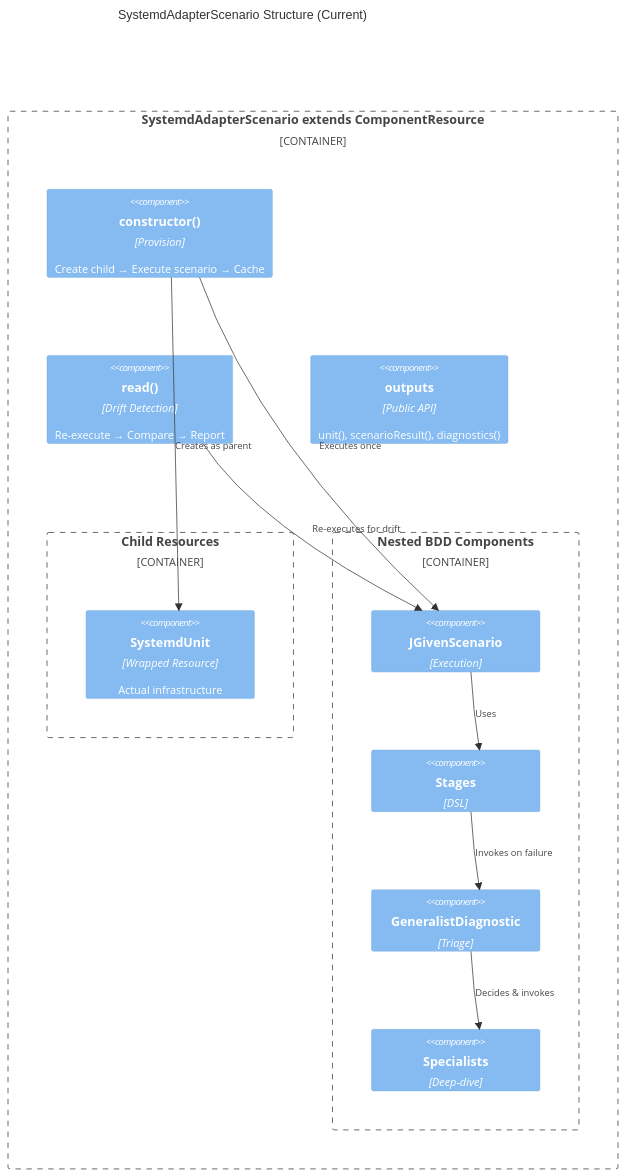
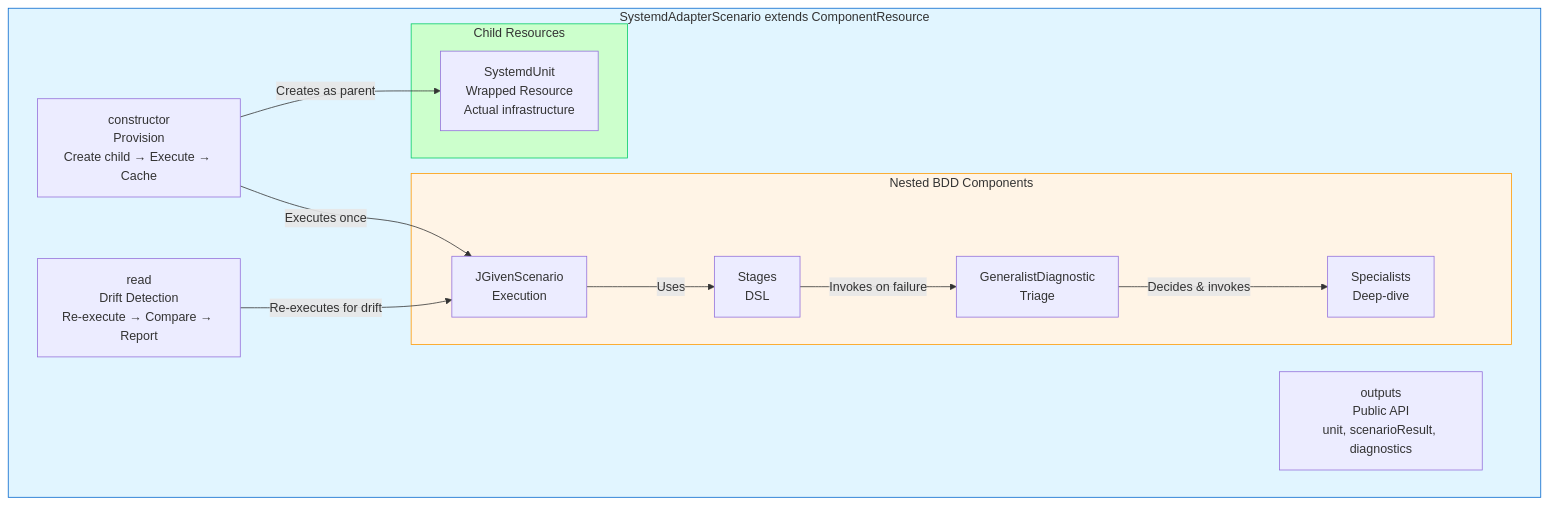
The third of 5 diagrams in docs/architecture/bdd/bdd-diagnostic-pattern.adoc (nxmatic/rke2lab), drawn with Mermaid before and after one commit. The commit also changed other lines of this file and 2 other files, not shown here.

First line of the commit message:
docs(bdd): absorb spec into pattern doc, drop superpowers scratch folder

```diff
--- a/docs/architecture/bdd/bdd-diagnostic-pattern.adoc
+++ b/docs/architecture/bdd/bdd-diagnostic-pattern.adoc
@@ -104,29 +105,31 @@
 [mermaid]
 ----
-C4Component
-    title SystemdAdapterScenario Structure (Current)
+graph TB
+    subgraph Scenario["SystemdAdapterScenario extends ComponentResource"]
+        CTOR[constructor<br/>Provision<br/>Create child → Execute → Cache]
+        READ[read<br/>Drift Detection<br/>Re-execute → Compare → Report]
+        OUT[outputs<br/>Public API<br/>unit, scenarioResult, diagnostics]
 
-    Container_Boundary(scenario, "SystemdAdapterScenario extends ComponentResource") {
-        Component(constructor, "constructor()", "Provision", "Create child → Execute scenario → Cache")
-        Component(read, "read()", "Drift Detection", "Re-execute → Compare → Report")
-        Component(outputs, "outputs", "Public API", "unit(), scenarioResult(), diagnostics()")
+        subgraph Child["Child Resources"]
+            UNIT[SystemdUnit<br/>Wrapped Resource<br/>Actual infrastructure]
+        end
 
-        Container_Boundary(child, "Child Resources") {
-            Component(unit, "SystemdUnit", "Wrapped Resource", "Actual infrastructure")
-        }
+        subgraph BDD["Nested BDD Components"]
+            JGIVEN[JGivenScenario<br/>Execution]
+            STAGES[Stages<br/>DSL]
+            GEN[GeneralistDiagnostic<br/>Triage]
+            SPEC[Specialists<br/>Deep-dive]
+        end
+    end
 
-        Container_Boundary(bdd, "Nested BDD Components") {
-            Component(jgiven, "JGivenScenario", "Execution")
-            Component(stages, "Stages", "DSL")
-            Component(generalist, "GeneralistDiagnostic", "Triage")
-            Component(specialists, "Specialists", "Deep-dive")
-        }
-    }
+    CTOR -->|Creates as parent| UNIT
+    CTOR -->|Executes once| JGIVEN
+    READ -->|Re-executes for drift| JGIVEN
+    JGIVEN -->|Uses| STAGES
+    STAGES -->|Invokes on failure| GEN
+    GEN -->|Decides & invokes| SPEC
 
-    Rel(constructor, unit, "Creates as parent")
-    Rel(constructor, jgiven, "Executes once")
-    Rel(read, jgiven, "Re-executes for drift")
-    Rel(jgiven, stages, "Uses")
-    Rel(stages, generalist, "Invokes on failure")
-    Rel(generalist, specialists, "Decides & invokes")
+    style Scenario fill:#e1f5ff,stroke:#0066cc
+    style Child fill:#ccffcc,stroke:#00cc66
+    style BDD fill:#fff4e6,stroke:#ff9900
 ----
```
